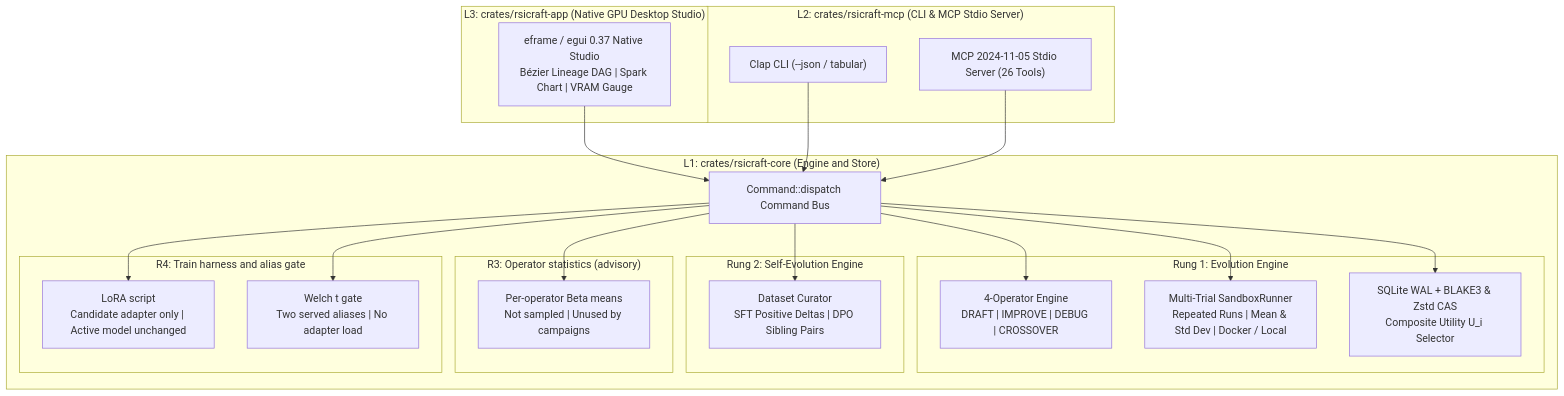
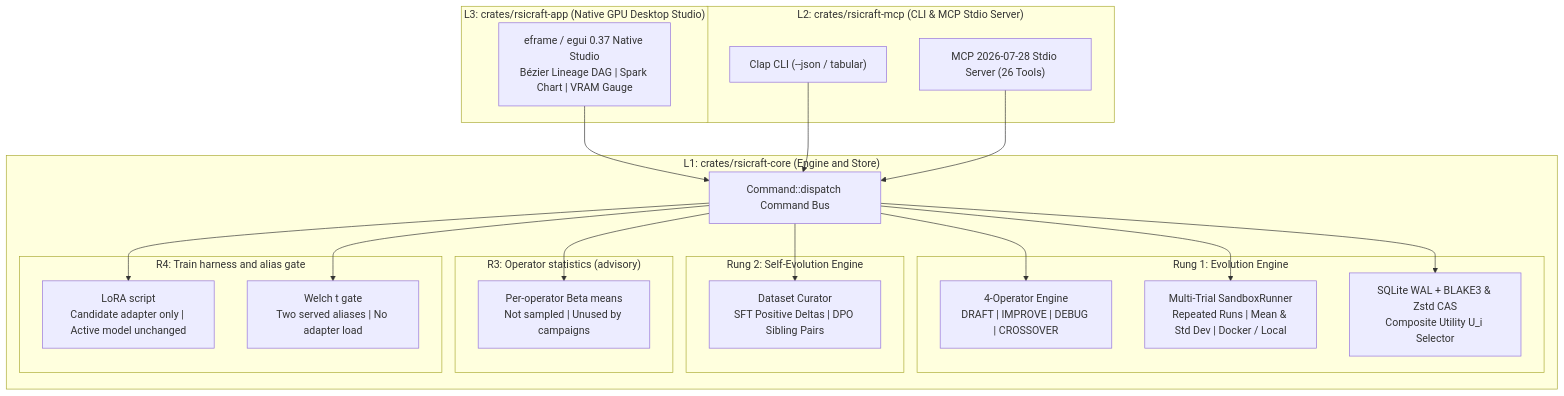
One commit to sandraschi/rsicraft changed the diagram in docs/ARCHITECTURE.md. Above: the diagram before and after it, drawn with Mermaid. The commit also changed 15 other files, not shown here.

````diff
--- a/docs/ARCHITECTURE.md
+++ b/docs/ARCHITECTURE.md
@@ -11,46 +11,46 @@
 ```mermaid
 flowchart TD
     subgraph L3["L3: crates/rsicraft-app (Native GPU Desktop Studio)"]
         UI["eframe / egui 0.37 Native Studio\nBézier Lineage DAG | Spark Chart | VRAM Gauge"]
     end
 
     subgraph L2["L2: crates/rsicraft-mcp (CLI & MCP Stdio Server)"]
         CLI["Clap CLI (--json / tabular)"]
-        MCP["MCP 2024-11-05 Stdio Server (26 Tools)"]
+        MCP["MCP 2026-07-28 Stdio Server (26 Tools)"]
     end
 
         subgraph L1["L1: crates/rsicraft-core (Engine and Store)"]
         BUS["Command::dispatch Command Bus"]
         
         subgraph R1["Rung 1: Evolution Engine"]
             OPS["4-Operator Engine\nDRAFT | IMPROVE | DEBUG | CROSSOVER"]
             SBX["Multi-Trial SandboxRunner\nRepeated Runs | Mean & Std Dev | Docker / Local"]
             CAS["SQLite WAL + BLAKE3 & Zstd CAS\nComposite Utility U_i Selector"]
         end
 
         subgraph R2["Rung 2: Self-Evolution Engine"]
             DATA["Dataset Curator\nSFT Positive Deltas | DPO Sibling Pairs"]
         end
 
         subgraph R3["R3: Operator statistics (advisory)"]
             BANDIT["Per-operator Beta means\nNot sampled | Unused by campaigns"]
         end
 
         subgraph R4["R4: Train harness and alias gate"]
             TRAIN["LoRA script\nCandidate adapter only | Active model unchanged"]
             GATE["Welch t gate\nTwo served aliases | No adapter load"]
         end
     end
 
     UI --> BUS
     CLI --> BUS
     MCP --> BUS
 
     BUS --> OPS
     BUS --> SBX
     BUS --> CAS
     BUS --> DATA
     BUS --> BANDIT
     BUS --> TRAIN
     BUS --> GATE
 ```
````
